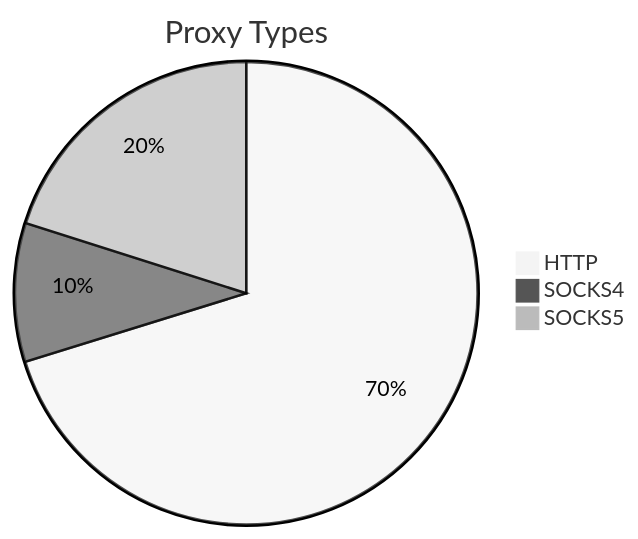
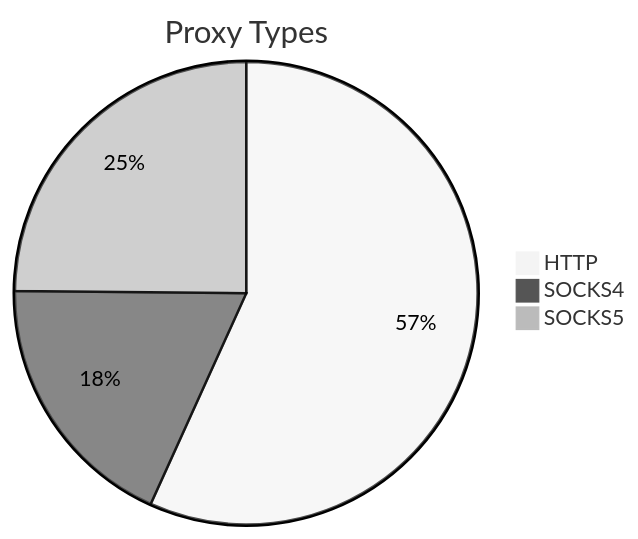
Before and after one commit to stormsia/proxy-list: the first of 2 diagrams in README.md, drawn with Mermaid (neutral theme). The commit also changed other lines of this file, not shown here.

````diff
--- a/README.md
+++ b/README.md
@@ -21,6 +21,6 @@
 ```mermaid
 pie title Proxy Types
-    "HTTP" : 297
-    "SOCKS4" : 41
-    "SOCKS5" : 85
+    "HTTP" : 352
+    "SOCKS4" : 114
+    "SOCKS5" : 154
 ```
````
